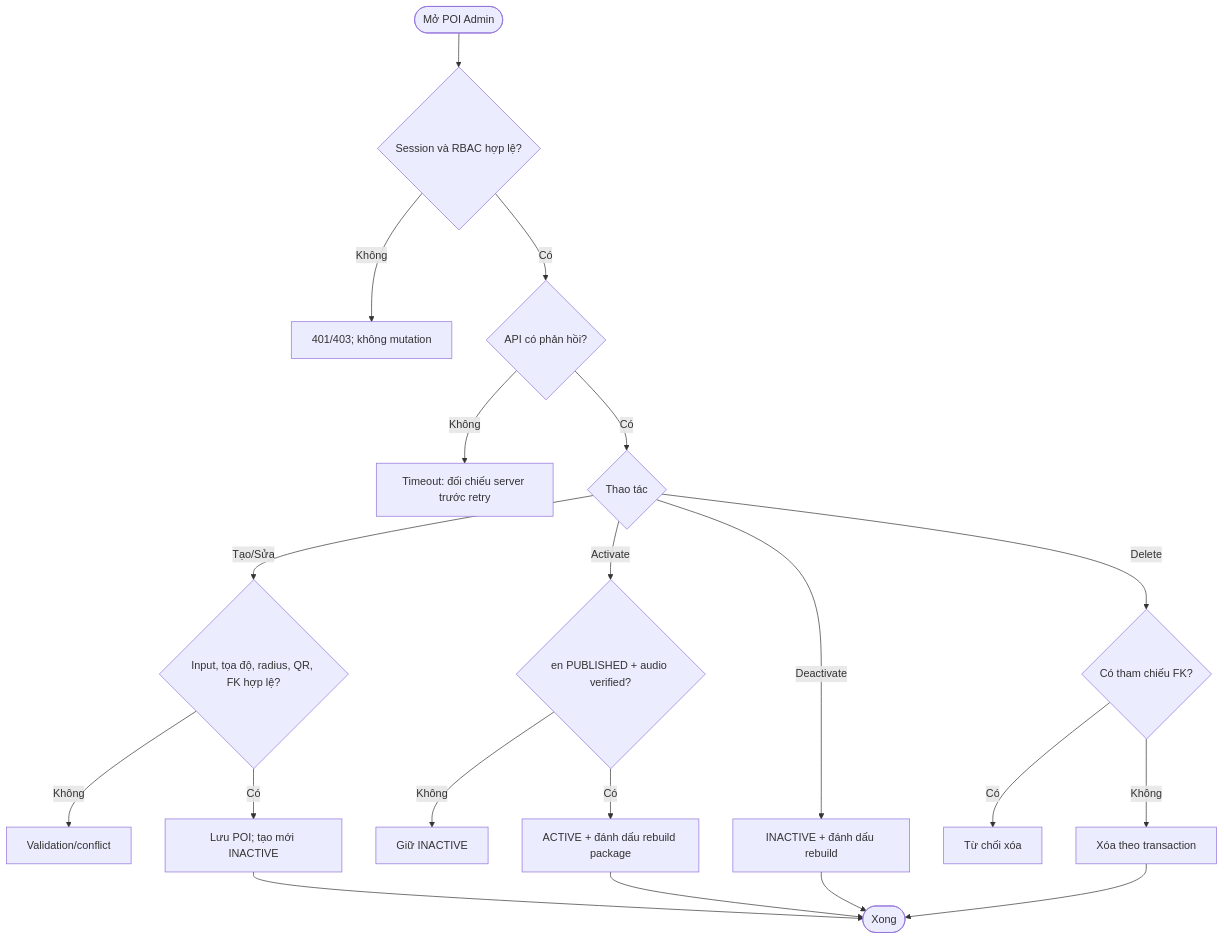
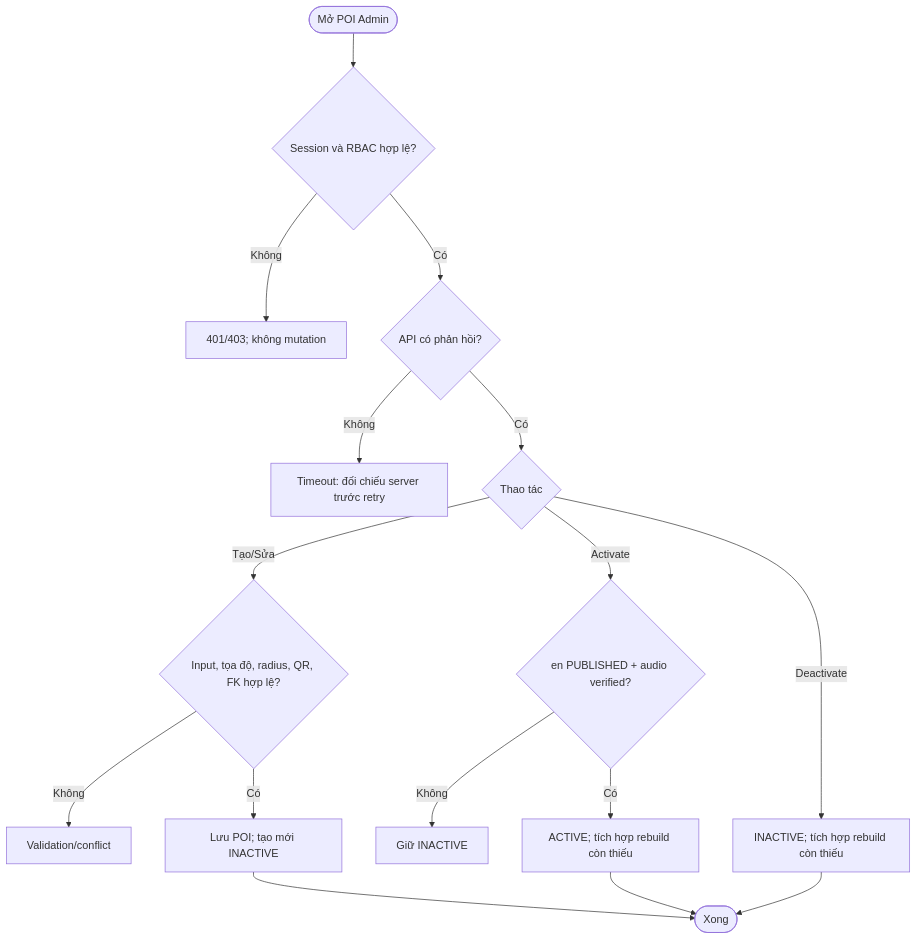
The first of 3 diagrams in docs/use-case/ep-w01-poi-narration-administration.md (Ko4rut/multilingual-narration-backend), drawn with Mermaid before and after one commit. The commit also changed other lines of this file and 28 other files, not shown here.

````diff
--- a/docs/use-case/ep-w01-poi-narration-administration.md
+++ b/docs/use-case/ep-w01-poi-narration-administration.md
@@ -41,18 +41,15 @@
 ```mermaid
 flowchart TD
  A([Mở POI Admin]) --> B{Session và RBAC hợp lệ?}
  B -- Không --> X[401/403; không mutation]
  B -- Có --> C{API có phản hồi?}
  C -- Không --> Y[Timeout: đối chiếu server trước retry]
  C -- Có --> D{Thao tác}
  D -- Tạo/Sửa --> E{Input, tọa độ, radius, QR, FK hợp lệ?}
  E -- Không --> F[Validation/conflict]
  E -- Có --> G[Lưu POI; tạo mới INACTIVE] --> Z([Xong])
  D -- Activate --> H{en PUBLISHED + audio verified?}
  H -- Không --> I[Giữ INACTIVE]
- H -- Có --> J[ACTIVE + đánh dấu rebuild package] --> Z
- D -- Deactivate --> K[INACTIVE + đánh dấu rebuild] --> Z
- D -- Delete --> L{Có tham chiếu FK?}
- L -- Có --> M[Từ chối xóa]
- L -- Không --> N[Xóa theo transaction] --> Z
+ H -- Có --> J[ACTIVE; tích hợp rebuild còn thiếu] --> Z
+ D -- Deactivate --> K[INACTIVE; tích hợp rebuild còn thiếu] --> Z
 ```
````
